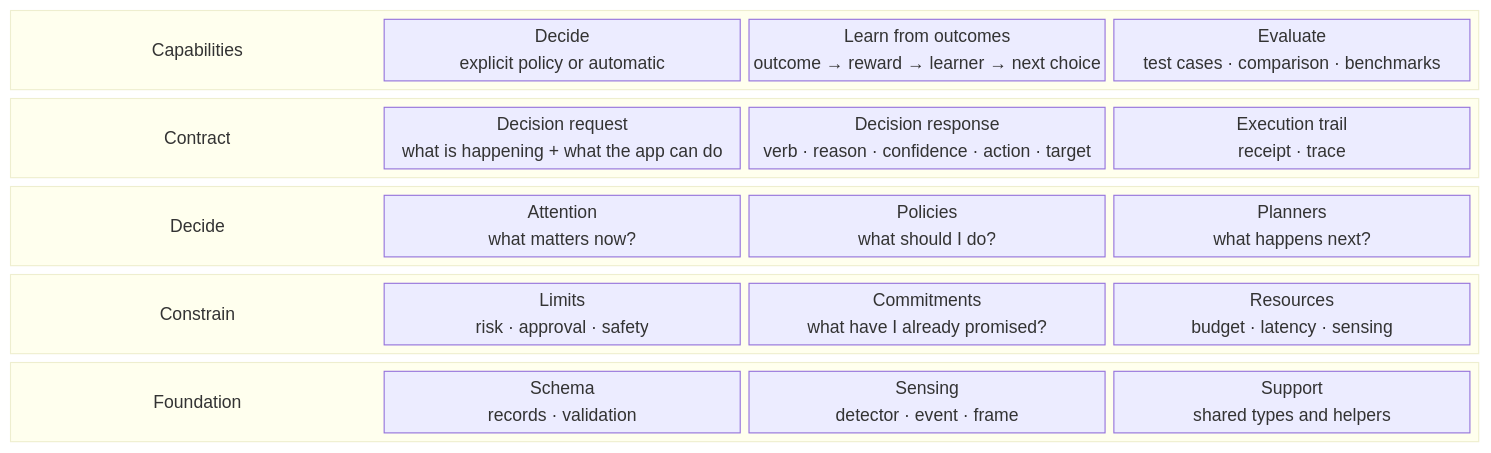
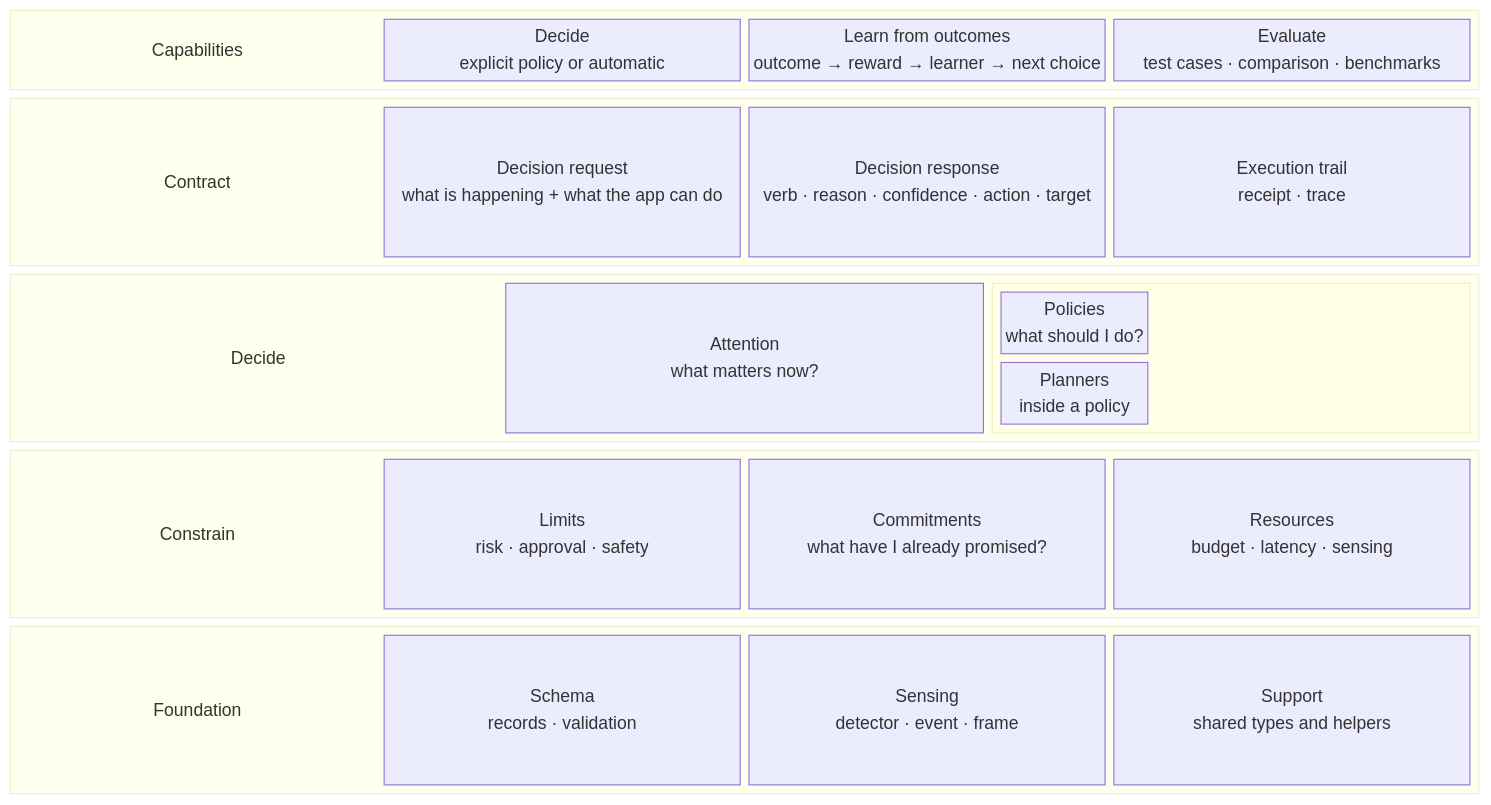
Before and after one commit to michaelatamuk/laix: the diagram in docs/02-core/00-architecture.md, drawn with Mermaid. The commit also changed other lines of this file and 1 other file, not shown here.

First line of the commit message:
docs: add research tracks and nest planners under policies

````diff
--- a/docs/02-core/00-architecture.md
+++ b/docs/02-core/00-architecture.md
@@ -6,50 +6,53 @@
 ```mermaid
 block-beta
     columns 1
 
     block:capabilities
         columns 4
         capabilities_label["Capabilities"]
         decide["Decide<br/>explicit policy or automatic"]
         learn["Learn from outcomes<br/>outcome → reward → learner → next choice"]
         evaluate["Evaluate<br/>test cases · comparison · benchmarks"]
     end
 
     block:contract
         columns 4
         contract_label["Contract"]
         request["Decision request<br/>what is happening + what the app can do"]
         response["Decision response<br/>verb · reason · confidence · action · target"]
         trail["Execution trail<br/>receipt · trace"]
     end
 
     block:decide_layer
-        columns 4
+        columns 3
         decide_layer_label["Decide"]
         attention["Attention<br/>what matters now?"]
-        policies["Policies<br/>what should I do?"]
-        planners["Planners<br/>what happens next?"]
+        block:policy_group
+            columns 1
+            policies["Policies<br/>what should I do?"]
+            planners["Planners<br/>inside a policy"]
+        end
     end
 
     block:constrain_layer
         columns 4
         constrain_layer_label["Constrain"]
         limits["Limits<br/>risk · approval · safety"]
         commitments["Commitments<br/>what have I already promised?"]
         resources["Resources<br/>budget · latency · sensing"]
     end
 
     block:foundation
         columns 4
         foundation_label["Foundation"]
         schema["Schema<br/>records · validation"]
         sensing["Sensing<br/>detector · event · frame"]
         support["Support<br/>shared types and helpers"]
     end
 
     style capabilities_label fill:transparent,stroke:transparent,font-size:22px,font-weight:bold
     style contract_label fill:transparent,stroke:transparent,font-size:14px,font-weight:bold
     style decide_layer_label fill:transparent,stroke:transparent,font-weight:bold
     style constrain_layer_label fill:transparent,stroke:transparent,font-weight:bold
     style foundation_label fill:transparent,stroke:transparent,font-weight:bold
 ```
````
